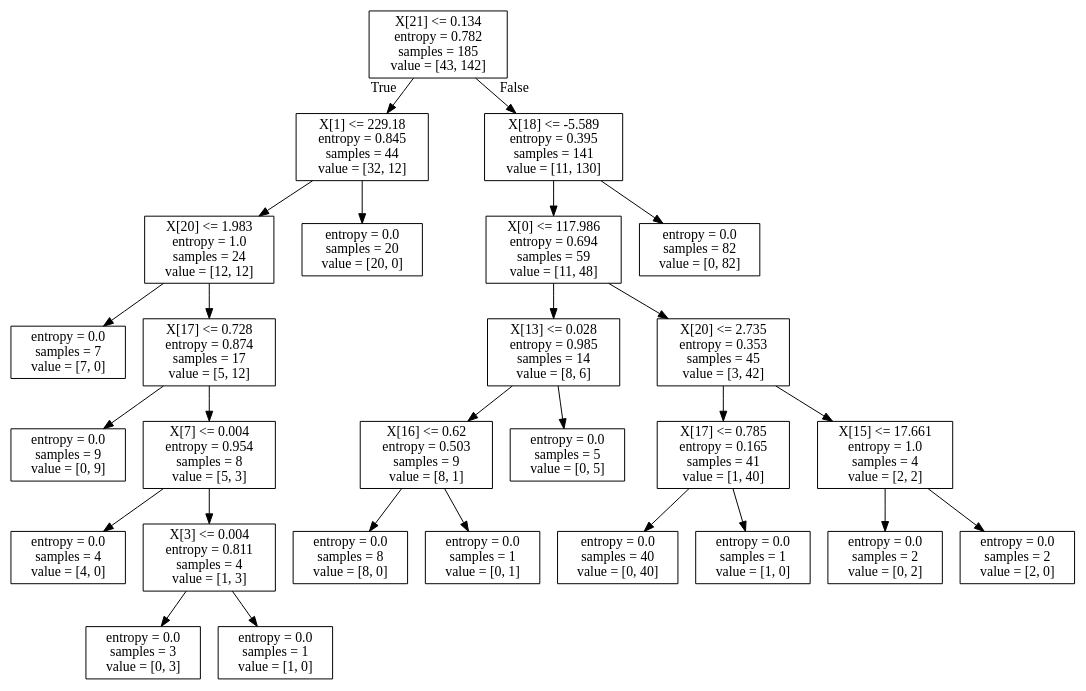
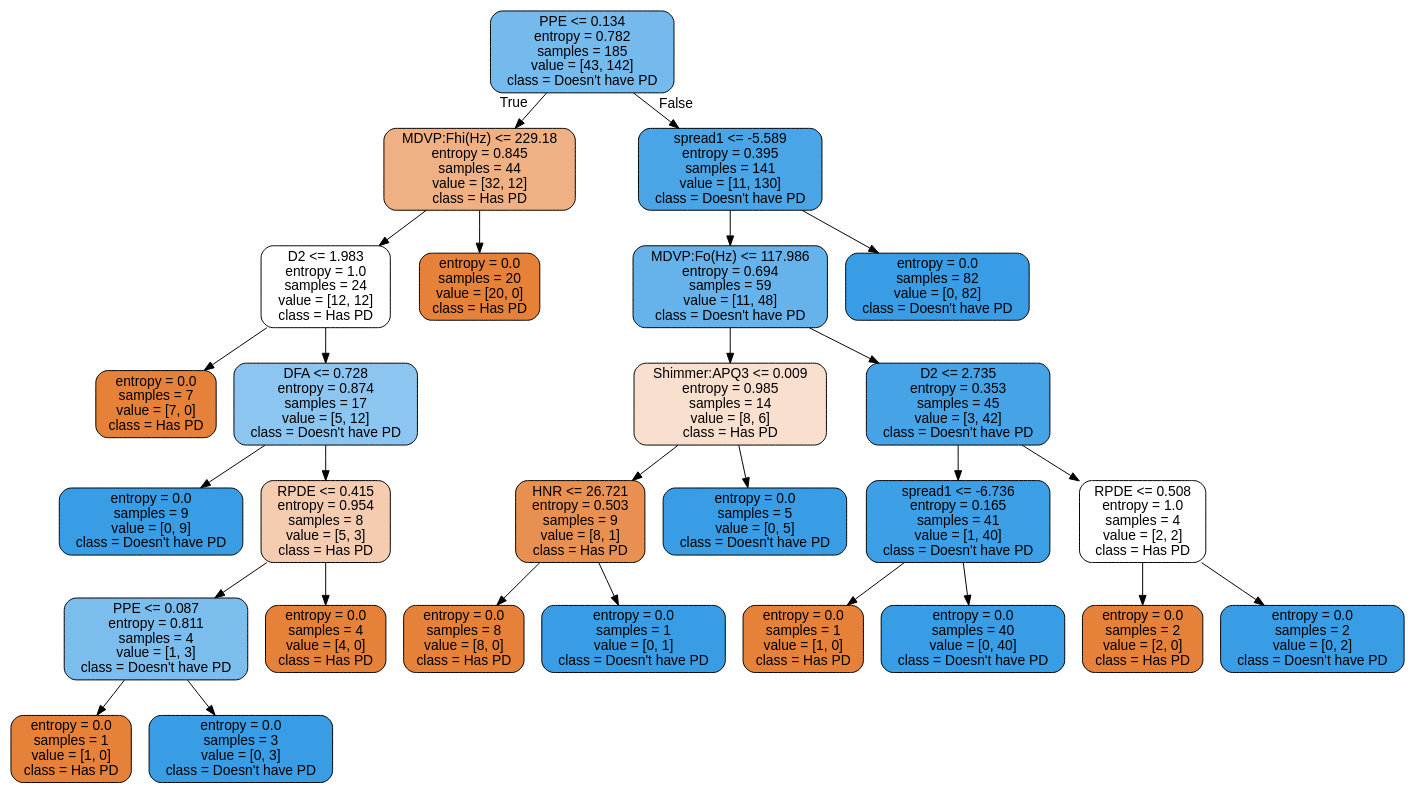
One commit to micknick1997/Machine-Learning-Homework changed the diagram in hw2/trainingTree.dot. Above: the diagram before and after it, drawn with Graphviz. The commit also changed 9 other files, not shown here.

```diff
--- a/hw2/trainingTree.dot
+++ b/hw2/trainingTree.dot
@@ -1,56 +1,57 @@
 digraph Tree {
-node [shape=box] ;
-0 [label="X[21] <= 0.134\nentropy = 0.782\nsamples = 185\nvalue = [43, 142]"] ;
-1 [label="X[1] <= 229.18\nentropy = 0.845\nsamples = 44\nvalue = [32, 12]"] ;
+node [shape=box, style="filled, rounded", color="black", fontname=helvetica] ;
+edge [fontname=helvetica] ;
+0 [label="PPE <= 0.134\nentropy = 0.782\nsamples = 185\nvalue = [43, 142]\nclass = Doesn't have PD", fillcolor="#399de5b2"] ;
+1 [label="MDVP:Fhi(Hz) <= 229.18\nentropy = 0.845\nsamples = 44\nvalue = [32, 12]\nclass = Has PD", fillcolor="#e581399f"] ;
 0 -> 1 [labeldistance=2.5, labelangle=45, headlabel="True"] ;
-2 [label="X[20] <= 1.983\nentropy = 1.0\nsamples = 24\nvalue = [12, 12]"] ;
+2 [label="D2 <= 1.983\nentropy = 1.0\nsamples = 24\nvalue = [12, 12]\nclass = Has PD", fillcolor="#e5813900"] ;
 1 -> 2 ;
-3 [label="entropy = 0.0\nsamples = 7\nvalue = [7, 0]"] ;
+3 [label="entropy = 0.0\nsamples = 7\nvalue = [7, 0]\nclass = Has PD", fillcolor="#e58139ff"] ;
 2 -> 3 ;
-4 [label="X[17] <= 0.728\nentropy = 0.874\nsamples = 17\nvalue = [5, 12]"] ;
+4 [label="DFA <= 0.728\nentropy = 0.874\nsamples = 17\nvalue = [5, 12]\nclass = Doesn't have PD", fillcolor="#399de595"] ;
 2 -> 4 ;
-5 [label="entropy = 0.0\nsamples = 9\nvalue = [0, 9]"] ;
+5 [label="entropy = 0.0\nsamples = 9\nvalue = [0, 9]\nclass = Doesn't have PD", fillcolor="#399de5ff"] ;
 4 -> 5 ;
-6 [label="X[7] <= 0.004\nentropy = 0.954\nsamples = 8\nvalue = [5, 3]"] ;
+6 [label="RPDE <= 0.415\nentropy = 0.954\nsamples = 8\nvalue = [5, 3]\nclass = Has PD", fillcolor="#e5813966"] ;
 4 -> 6 ;
-7 [label="entropy = 0.0\nsamples = 4\nvalue = [4, 0]"] ;
+7 [label="PPE <= 0.087\nentropy = 0.811\nsamples = 4\nvalue = [1, 3]\nclass = Doesn't have PD", fillcolor="#399de5aa"] ;
 6 -> 7 ;
-8 [label="X[3] <= 0.004\nentropy = 0.811\nsamples = 4\nvalue = [1, 3]"] ;
-6 -> 8 ;
-9 [label="entropy = 0.0\nsamples = 3\nvalue = [0, 3]"] ;
-8 -> 9 ;
-10 [label="entropy = 0.0\nsamples = 1\nvalue = [1, 0]"] ;
-8 -> 10 ;
-11 [label="entropy = 0.0\nsamples = 20\nvalue = [20, 0]"] ;
+8 [label="entropy = 0.0\nsamples = 1\nvalue = [1, 0]\nclass = Has PD", fillcolor="#e58139ff"] ;
+7 -> 8 ;
+9 [label="entropy = 0.0\nsamples = 3\nvalue = [0, 3]\nclass = Doesn't have PD", fillcolor="#399de5ff"] ;
+7 -> 9 ;
+10 [label="entropy = 0.0\nsamples = 4\nvalue = [4, 0]\nclass = Has PD", fillcolor="#e58139ff"] ;
+6 -> 10 ;
+11 [label="entropy = 0.0\nsamples = 20\nvalue = [20, 0]\nclass = Has PD", fillcolor="#e58139ff"] ;
 1 -> 11 ;
-12 [label="X[18] <= -5.589\nentropy = 0.395\nsamples = 141\nvalue = [11, 130]"] ;
+12 [label="spread1 <= -5.589\nentropy = 0.395\nsamples = 141\nvalue = [11, 130]\nclass = Doesn't have PD", fillcolor="#399de5e9"] ;
 0 -> 12 [labeldistance=2.5, labelangle=-45, headlabel="False"] ;
-13 [label="X[0] <= 117.986\nentropy = 0.694\nsamples = 59\nvalue = [11, 48]"] ;
+13 [label="MDVP:Fo(Hz) <= 117.986\nentropy = 0.694\nsamples = 59\nvalue = [11, 48]\nclass = Doesn't have PD", fillcolor="#399de5c5"] ;
 12 -> 13 ;
-14 [label="X[13] <= 0.028\nentropy = 0.985\nsamples = 14\nvalue = [8, 6]"] ;
+14 [label="Shimmer:APQ3 <= 0.009\nentropy = 0.985\nsamples = 14\nvalue = [8, 6]\nclass = Has PD", fillcolor="#e5813940"] ;
 13 -> 14 ;
-15 [label="X[16] <= 0.62\nentropy = 0.503\nsamples = 9\nvalue = [8, 1]"] ;
+15 [label="HNR <= 26.721\nentropy = 0.503\nsamples = 9\nvalue = [8, 1]\nclass = Has PD", fillcolor="#e58139df"] ;
 14 -> 15 ;
-16 [label="entropy = 0.0\nsamples = 8\nvalue = [8, 0]"] ;
+16 [label="entropy = 0.0\nsamples = 8\nvalue = [8, 0]\nclass = Has PD", fillcolor="#e58139ff"] ;
 15 -> 16 ;
-17 [label="entropy = 0.0\nsamples = 1\nvalue = [0, 1]"] ;
+17 [label="entropy = 0.0\nsamples = 1\nvalue = [0, 1]\nclass = Doesn't have PD", fillcolor="#399de5ff"] ;
 15 -> 17 ;
-18 [label="entropy = 0.0\nsamples = 5\nvalue = [0, 5]"] ;
+18 [label="entropy = 0.0\nsamples = 5\nvalue = [0, 5]\nclass = Doesn't have PD", fillcolor="#399de5ff"] ;
 14 -> 18 ;
-19 [label="X[20] <= 2.735\nentropy = 0.353\nsamples = 45\nvalue = [3, 42]"] ;
+19 [label="D2 <= 2.735\nentropy = 0.353\nsamples = 45\nvalue = [3, 42]\nclass = Doesn't have PD", fillcolor="#399de5ed"] ;
 13 -> 19 ;
-20 [label="X[17] <= 0.785\nentropy = 0.165\nsamples = 41\nvalue = [1, 40]"] ;
+20 [label="spread1 <= -6.736\nentropy = 0.165\nsamples = 41\nvalue = [1, 40]\nclass = Doesn't have PD", fillcolor="#399de5f9"] ;
 19 -> 20 ;
-21 [label="entropy = 0.0\nsamples = 40\nvalue = [0, 40]"] ;
+21 [label="entropy = 0.0\nsamples = 1\nvalue = [1, 0]\nclass = Has PD", fillcolor="#e58139ff"] ;
 20 -> 21 ;
-22 [label="entropy = 0.0\nsamples = 1\nvalue = [1, 0]"] ;
+22 [label="entropy = 0.0\nsamples = 40\nvalue = [0, 40]\nclass = Doesn't have PD", fillcolor="#399de5ff"] ;
 20 -> 22 ;
-23 [label="X[15] <= 17.661\nentropy = 1.0\nsamples = 4\nvalue = [2, 2]"] ;
+23 [label="RPDE <= 0.508\nentropy = 1.0\nsamples = 4\nvalue = [2, 2]\nclass = Has PD", fillcolor="#e5813900"] ;
 19 -> 23 ;
-24 [label="entropy = 0.0\nsamples = 2\nvalue = [0, 2]"] ;
+24 [label="entropy = 0.0\nsamples = 2\nvalue = [2, 0]\nclass = Has PD", fillcolor="#e58139ff"] ;
 23 -> 24 ;
-25 [label="entropy = 0.0\nsamples = 2\nvalue = [2, 0]"] ;
+25 [label="entropy = 0.0\nsamples = 2\nvalue = [0, 2]\nclass = Doesn't have PD", fillcolor="#399de5ff"] ;
 23 -> 25 ;
-26 [label="entropy = 0.0\nsamples = 82\nvalue = [0, 82]"] ;
+26 [label="entropy = 0.0\nsamples = 82\nvalue = [0, 82]\nclass = Doesn't have PD", fillcolor="#399de5ff"] ;
 12 -> 26 ;
 }
```
